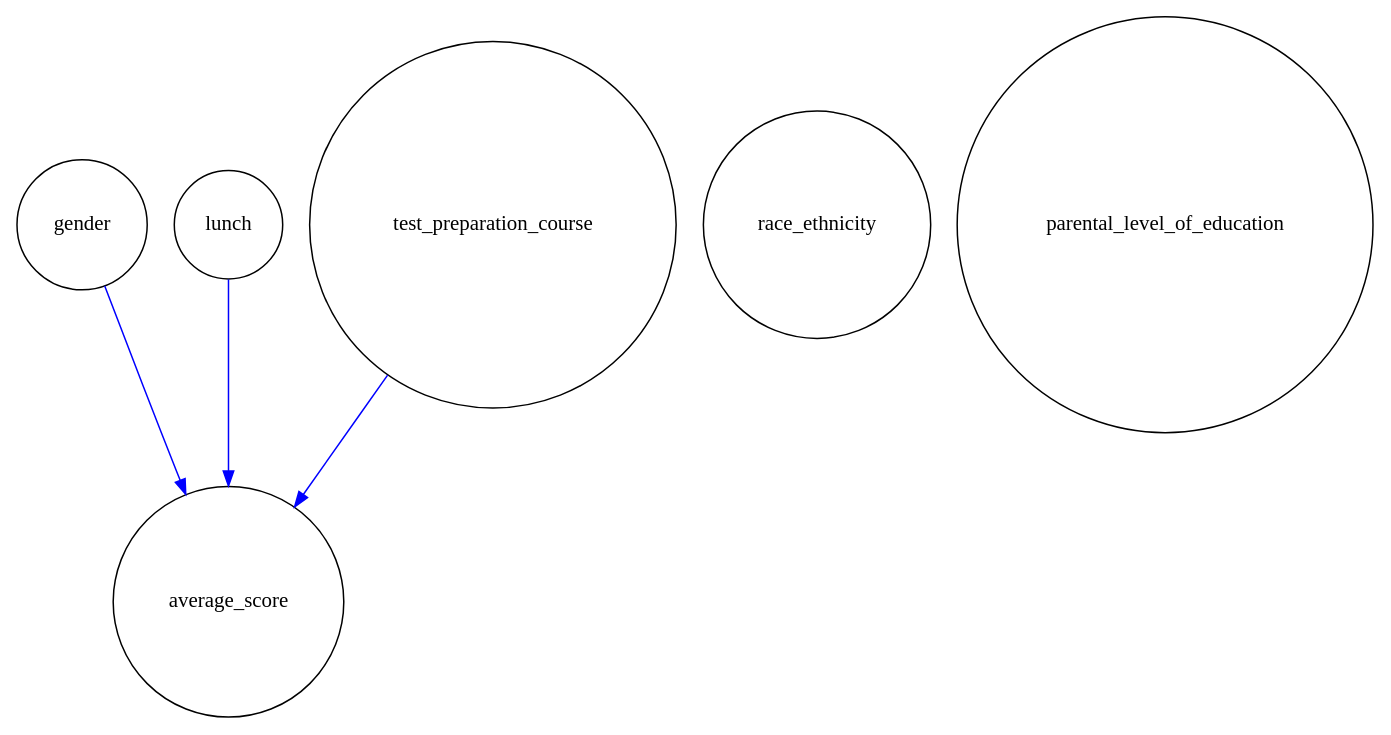
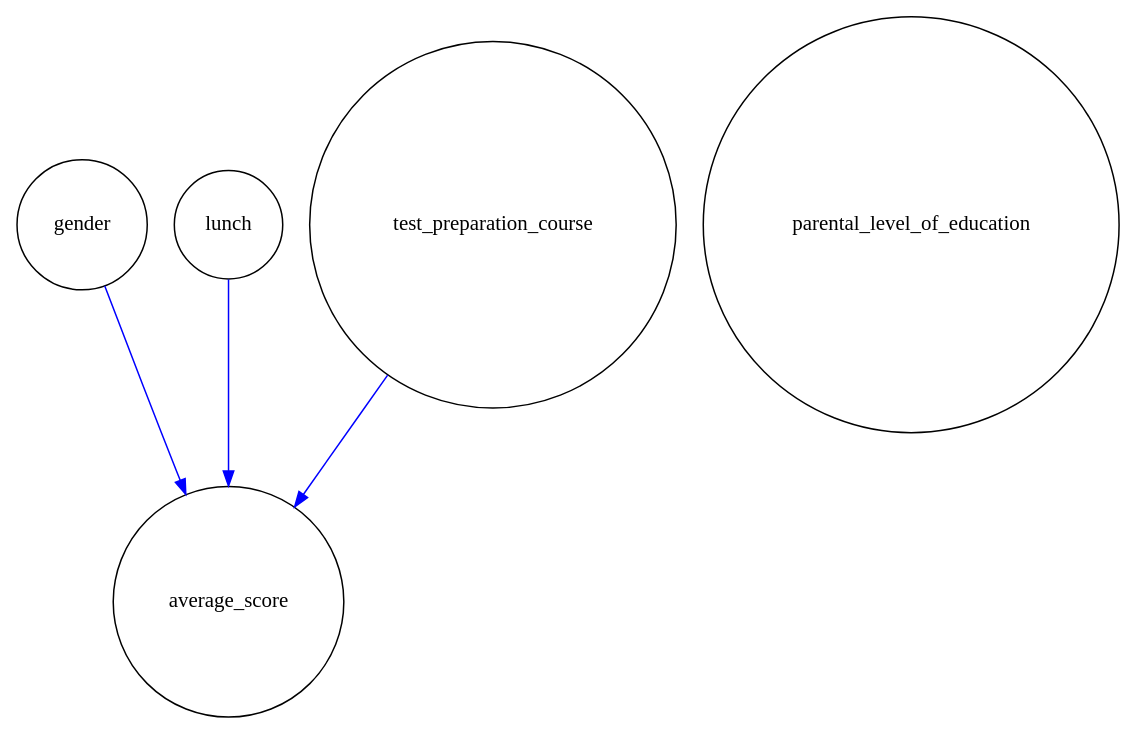
One commit to Lancelot39/Causal-Copilot changed the diagram in output_graph/initial_graph.gv. Above: the diagram before and after it, drawn with Graphviz. The commit also changed 11 other files, not shown here.

```diff
--- a/output_graph/initial_graph.gv
+++ b/output_graph/initial_graph.gv
@@ -1,18 +1,16 @@
 digraph {
 	graph [K=0.5 overlap=false splines=true]
 	gender [height=.5 shape=circle width=.5]
-	race_ethnicity [height=.5 shape=circle width=.5]
 	parental_level_of_education [height=.5 shape=circle width=.5]
 	lunch [height=.5 shape=circle width=.5]
 	test_preparation_course [height=.5 shape=circle width=.5]
 	average_score [height=.5 shape=circle width=.5]
-	gender [height=.5 pos="-8.434465280901033,7.5969567653437675!" shape=circle width=.5]
-	race_ethnicity [height=.5 pos="8.066460585049755,1.7168774590381402!" shape=circle width=.5]
-	parental_level_of_education [height=.5 pos="-0.3264739828535512,10.0!" shape=circle width=.5]
-	lunch [height=.5 pos="7.990958068108368,-8.587546196763466!" shape=circle width=.5]
-	test_preparation_course [height=.5 pos="-5.647046069045905,-8.452435166512966!" shape=circle width=.5]
-	average_score [height=.5 pos="-1.6494333203576312,-2.2738528611054782!" shape=circle width=.5]
+	gender [height=.5 pos="6.955745797920474,3.87219018330892!" shape=circle width=.5]
+	parental_level_of_education [height=.5 pos="-9.530860762199596,-2.1589205482776666!" shape=circle width=.5]
+	lunch [height=.5 pos="4.039781795620488,-10.0!" shape=circle width=.5]
+	test_preparation_course [height=.5 pos="-3.424428778407797,8.225260106009637!" shape=circle width=.5]
+	average_score [height=.5 pos="1.959761947066432,0.06147025895910828!" shape=circle width=.5]
 	gender -> average_score [color=blue]
 	lunch -> average_score [color=blue]
 	test_preparation_course -> average_score [color=blue]
 }
```
